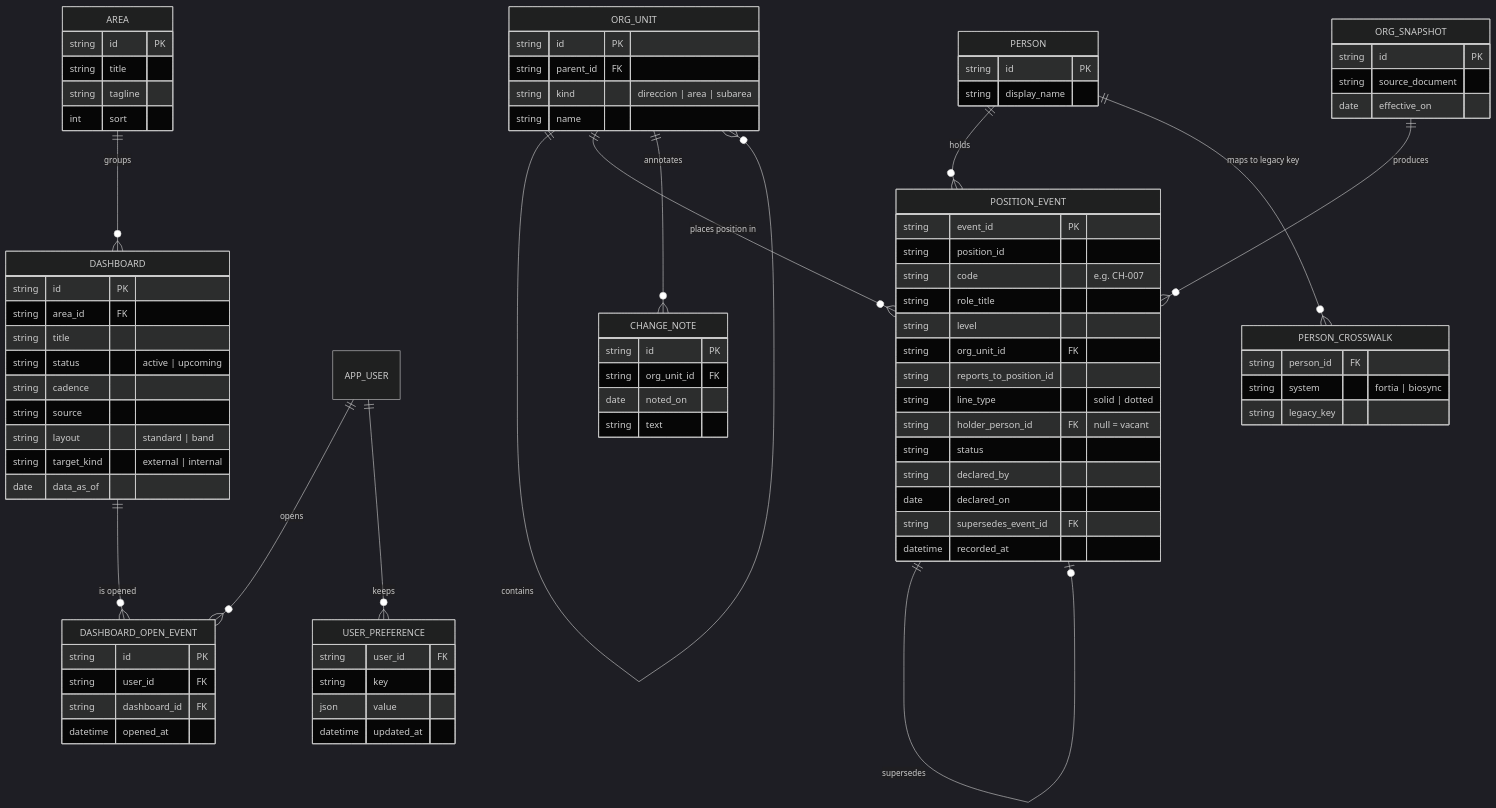
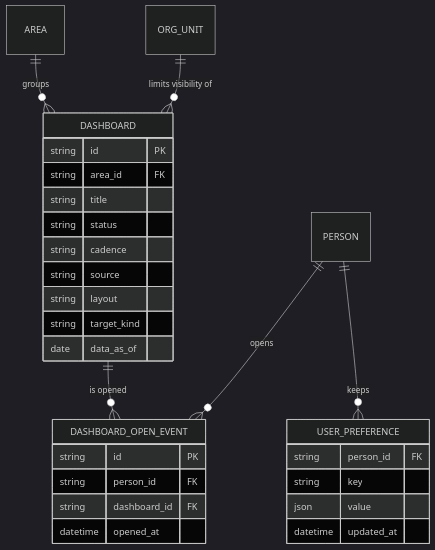
One commit to CreAI-mx/agrizar-origo-capital-humano changed the ninth of 9 diagrams in docs/architecture/component-diagrams.md. Above: the diagram before and after it, drawn with Mermaid (dark theme). The commit also changed other lines of this file and 59 other files, not shown here.

````diff
--- a/docs/architecture/component-diagrams.md
+++ b/docs/architecture/component-diagrams.md
@@ -356,85 +379,31 @@
 erDiagram
   AREA ||--o{ DASHBOARD : groups
   DASHBOARD ||--o{ DASHBOARD_OPEN_EVENT : "is opened"
-  APP_USER ||--o{ DASHBOARD_OPEN_EVENT : opens
-  APP_USER ||--o{ USER_PREFERENCE : keeps
-  ORG_UNIT ||--o{ ORG_UNIT : contains
-  ORG_UNIT ||--o{ POSITION_EVENT : "places position in"
-  ORG_SNAPSHOT ||--o{ POSITION_EVENT : produces
-  PERSON ||--o{ POSITION_EVENT : holds
-  POSITION_EVENT ||--o| POSITION_EVENT : supersedes
-  PERSON ||--o{ PERSON_CROSSWALK : "maps to legacy key"
-  ORG_UNIT ||--o{ CHANGE_NOTE : annotates
+  PERSON ||--o{ DASHBOARD_OPEN_EVENT : opens
+  PERSON ||--o{ USER_PREFERENCE : keeps
+  ORG_UNIT ||--o{ DASHBOARD : "limits visibility of"
 
-  AREA {
-    string id PK
-    string title
-    string tagline
-    int sort
-  }
   DASHBOARD {
     string id PK
     string area_id FK
     string title
-    string status "active | upcoming"
+    string status
     string cadence
     string source
-    string layout "standard | band"
-    string target_kind "external | internal"
+    string layout
+    string target_kind
     date data_as_of
   }
   DASHBOARD_OPEN_EVENT {
     string id PK
-    string user_id FK
+    string person_id FK
     string dashboard_id FK
     datetime opened_at
   }
   USER_PREFERENCE {
-    string user_id FK
+    string person_id FK
     string key
     json value
     datetime updated_at
   }
-  ORG_UNIT {
-    string id PK
-    string parent_id FK
-    string kind "direccion | area | subarea"
-    string name
-  }
-  POSITION_EVENT {
-    string event_id PK
-    string position_id
-    string code "e.g. CH-007"
-    string role_title
-    string level
-    string org_unit_id FK
-    string reports_to_position_id
-    string line_type "solid | dotted"
-    string holder_person_id FK "null = vacant"
-    string status
-    string declared_by
-    date declared_on
-    string supersedes_event_id FK
-    datetime recorded_at
-  }
-  PERSON {
-    string id PK
-    string display_name
-  }
-  PERSON_CROSSWALK {
-    string person_id FK
-    string system "fortia | biosync"
-    string legacy_key
-  }
-  ORG_SNAPSHOT {
-    string id PK
-    string source_document
-    date effective_on
-  }
-  CHANGE_NOTE {
-    string id PK
-    string org_unit_id FK
-    date noted_on
-    string text
-  }
 ```
````
